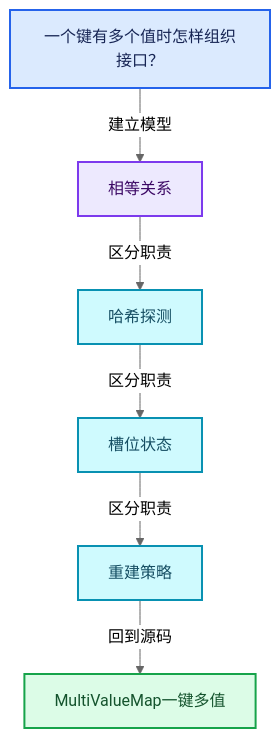
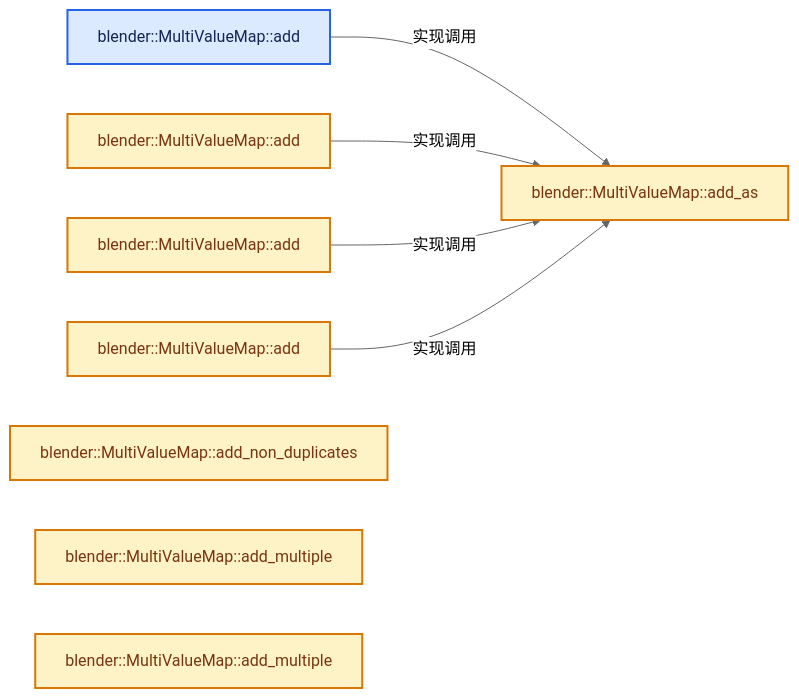
Before and after one commit to yunkezengren/blender-.vscode: the second of 4 diagrams in 杂/markdown/全面学习-codex/02-哈希表与关联数据结构/09-MultiValueMap一键多值.md, drawn with Mermaid (neutral theme). The commit also changed other lines of this file and 1930 other files, not shown here.

````diff
--- a/杂/markdown/全面学习-codex/02-哈希表与关联数据结构/09-MultiValueMap一键多值.md
+++ b/杂/markdown/全面学习-codex/02-哈希表与关联数据结构/09-MultiValueMap一键多值.md
@@ -60,20 +46,21 @@
 ```mermaid
-flowchart TB
-  Q["一个键有多个值时怎样组织接口？"]:::input
-  C0["相等关系"]:::abstraction
-  C1["哈希探测"]:::data
-  C2["槽位状态"]:::data
-  C3["重建策略"]:::data
-  R["MultiValueMap一键多值"]:::result
-  Q -->|"建立模型"| C0
-  C0 -->|"区分职责"| C1
-  C1 -->|"区分职责"| C2
-  C2 -->|"区分职责"| C3
-  C3 -->|"回到源码"| R
+flowchart LR
+  F0["blender::MultiValueMap::add"]:::input
+  F1["blender::MultiValueMap::add"]:::compute
+  F2["blender::MultiValueMap::add"]:::compute
+  F3["blender::MultiValueMap::add"]:::compute
+  F4["blender::MultiValueMap::add_as"]:::compute
+  F5["blender::MultiValueMap::add_non_duplicates"]:::compute
+  F6["blender::MultiValueMap::add_multiple"]:::compute
+  F7["blender::MultiValueMap::add_multiple"]:::compute
+  F0 -->|"实现调用"| F4
+  F1 -->|"实现调用"| F4
+  F2 -->|"实现调用"| F4
+  F3 -->|"实现调用"| F4
   classDef input fill:#DBEAFE,stroke:#2563EB,color:#172554,stroke-width:2px;
   classDef data fill:#CFFAFE,stroke:#0891B2,color:#164E63,stroke-width:2px;
   classDef abstraction fill:#EDE9FE,stroke:#7C3AED,color:#3B0764,stroke-width:2px;
   classDef compute fill:#FEF3C7,stroke:#D97706,color:#78350F,stroke-width:2px;
   classDef result fill:#DCFCE7,stroke:#16A34A,color:#14532D,stroke-width:2px;
   classDef error fill:#FEE2E2,stroke:#DC2626,color:#7F1D1D,stroke-width:2px;
 ```
````
